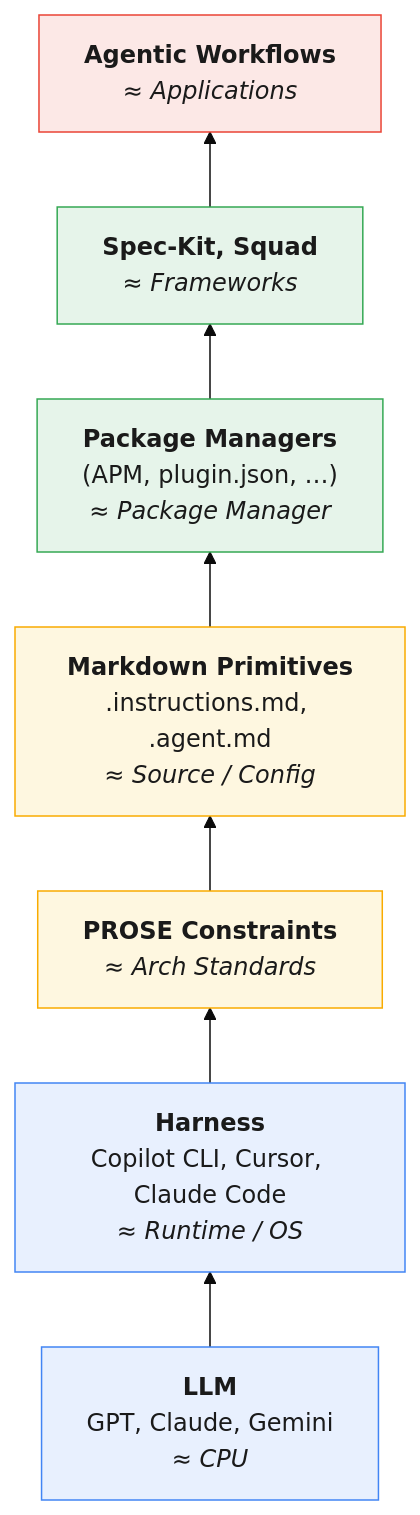
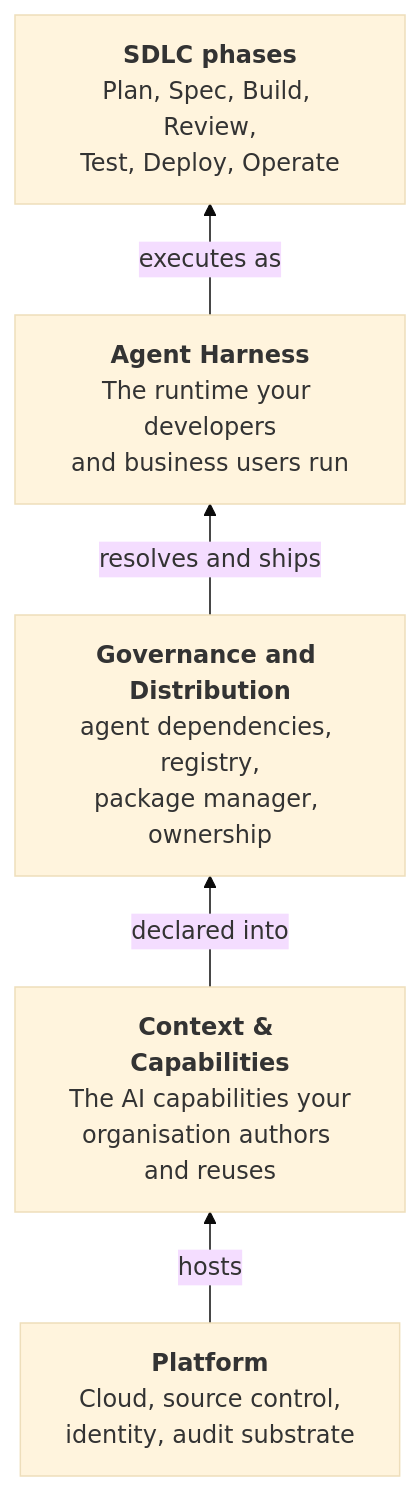
The second of 2 diagrams in handbook/ch04-the-reference-architecture.qmd (danielmeppiel/agentic-sdlc-handbook), drawn with Mermaid (base theme) before and after one commit. The commit also changed other lines of this file and 25 other files, not shown here.

````diff
--- a/handbook/ch04-the-reference-architecture.qmd
+++ b/handbook/ch04-the-reference-architecture.qmd
@@ -276,24 +128,18 @@
 ```{mermaid}
-%%| label: fig-agentic-stack
-%%| fig-cap: "The Agentic Computing Stack — seven layers mapping agentic components to their classical analogs."
+%%| label: fig-five-layers
+%%| fig-cap: "The Five-Layer landscape, drawn as a supply chain. Each edge is the relationship the lower layer carries to the layer above. Platform at the bottom; SDLC phases at the top."
+%%| fig-alt: "A bottom-to-top flowchart with five stacked layers. From bottom to top: Platform (cloud, source control, identity, audit substrate); Context and Capabilities (the AI capabilities your organisation authors and reuses, expressed as text and version-controlled with the rest of your code); Governance and Distribution (agent dependencies, registry, package manager, ownership); Agent Harness (the runtime application your developers and business users actually run); SDLC phases (Plan, Spec, Build, Review, Test, Deploy, Operate). Edges are labelled per layer: Platform hosts Context and Capabilities; Context and Capabilities is declared into Governance and Distribution; Governance and Distribution resolves and ships to the Agent Harness; the Agent Harness executes as SDLC phases."
 %%| fig-width: 5.5
-%%| fig-height: 5
+%%| fig-height: 6
 flowchart BT
-    L1["<b>LLM</b><br/>GPT, Claude, Gemini<br/><i>≈ CPU</i>"]
-    L2["<b>Harness</b><br/>Copilot CLI, Cursor, Claude Code<br/><i>≈ Runtime / OS</i>"]
-    L3["<b>PROSE Constraints</b><br/><i>≈ Arch Standards</i>"]
-    L4["<b>Markdown Primitives</b><br/>.instructions.md, .agent.md<br/><i>≈ Source / Config</i>"]
-    L5["<b>Package Managers</b><br/>(APM, plugin.json, …)<br/><i>≈ Package Manager</i>"]
-    L6["<b>Spec-Kit, Squad</b><br/><i>≈ Frameworks</i>"]
-    L7["<b>Agentic Workflows</b><br/><i>≈ Applications</i>"]
+    L1["<b>Platform</b><br/>Cloud, source control,<br/>identity, audit substrate"]
+    L2["<b>Context &amp; Capabilities</b><br/>The AI capabilities your<br/>organisation authors and reuses"]
+    L3["<b>Governance and Distribution</b><br/>agent dependencies, registry,<br/>package manager, ownership"]
+    L4["<b>Agent Harness</b><br/>The runtime your developers<br/>and business users run"]
+    L5["<b>SDLC phases</b><br/>Plan, Spec, Build, Review,<br/>Test, Deploy, Operate"]
 
-    L1 --> L2 --> L3 --> L4 --> L5 --> L6 --> L7
-
-    style L1 fill:#e8f0fe,stroke:#4285f4,color:#1a1a1a
-    style L2 fill:#e8f0fe,stroke:#4285f4,color:#1a1a1a
-    style L3 fill:#fef7e0,stroke:#f9ab00,color:#1a1a1a
-    style L4 fill:#fef7e0,stroke:#f9ab00,color:#1a1a1a
-    style L5 fill:#e6f4ea,stroke:#34a853,color:#1a1a1a
-    style L6 fill:#e6f4ea,stroke:#34a853,color:#1a1a1a
-    style L7 fill:#fce8e6,stroke:#ea4335,color:#1a1a1a
+    L1 -- "hosts" --> L2
+    L2 -- "declared into" --> L3
+    L3 -- "resolves and ships" --> L4
+    L4 -- "executes as" --> L5
 ```
````
